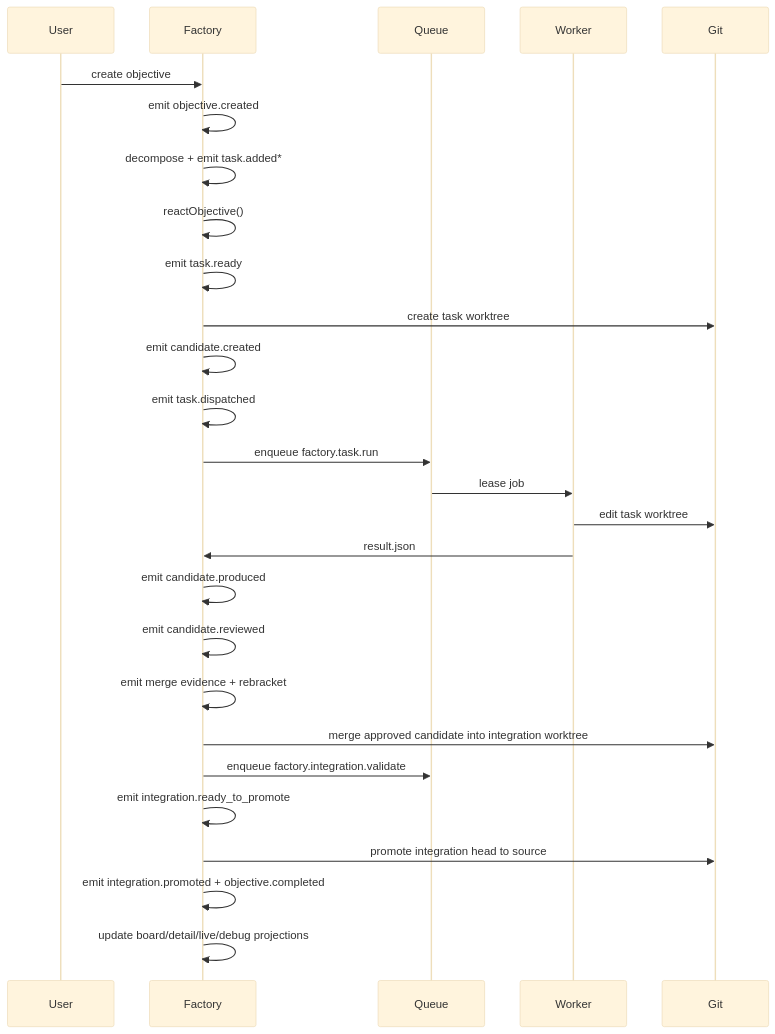
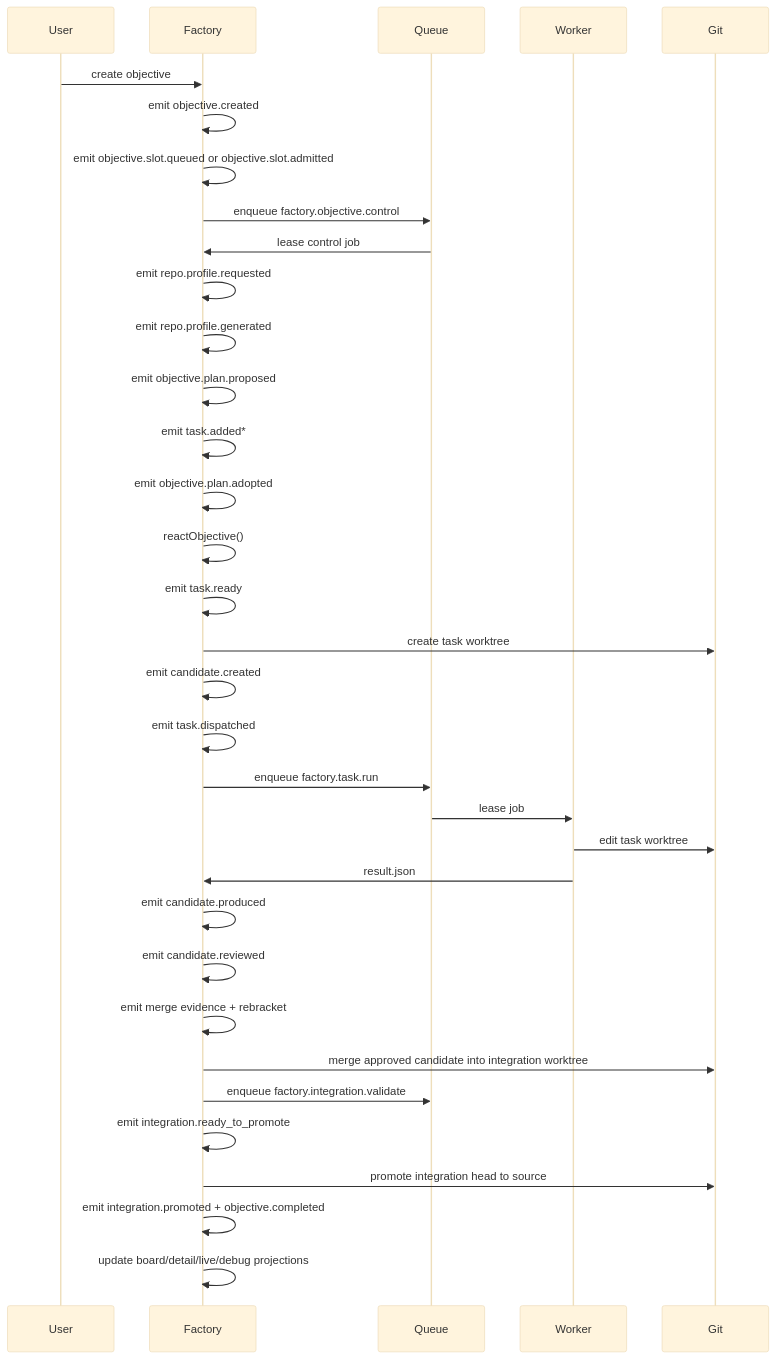
Before and after one commit to skishore23/receipt: the second of 6 diagrams in docs/factory-on-receipt.md, drawn with Mermaid (base theme). The commit also changed other lines of this file and 75 other files, not shown here.

````diff
--- a/docs/factory-on-receipt.md
+++ b/docs/factory-on-receipt.md
@@ -281,30 +293,37 @@
 ```mermaid
 sequenceDiagram
   participant User
   participant Factory
   participant Queue
   participant Worker
   participant Git
 
   User->>Factory: create objective
   Factory->>Factory: emit objective.created
-  Factory->>Factory: decompose + emit task.added*
+  Factory->>Factory: emit objective.slot.queued or objective.slot.admitted
+  Factory->>Queue: enqueue factory.objective.control
+  Queue->>Factory: lease control job
+  Factory->>Factory: emit repo.profile.requested
+  Factory->>Factory: emit repo.profile.generated
+  Factory->>Factory: emit objective.plan.proposed
+  Factory->>Factory: emit task.added*
+  Factory->>Factory: emit objective.plan.adopted
   Factory->>Factory: reactObjective()
   Factory->>Factory: emit task.ready
   Factory->>Git: create task worktree
   Factory->>Factory: emit candidate.created
   Factory->>Factory: emit task.dispatched
   Factory->>Queue: enqueue factory.task.run
   Queue->>Worker: lease job
   Worker->>Git: edit task worktree
   Worker->>Factory: result.json
   Factory->>Factory: emit candidate.produced
   Factory->>Factory: emit candidate.reviewed
   Factory->>Factory: emit merge evidence + rebracket
   Factory->>Git: merge approved candidate into integration worktree
   Factory->>Queue: enqueue factory.integration.validate
   Factory->>Factory: emit integration.ready_to_promote
   Factory->>Git: promote integration head to source
   Factory->>Factory: emit integration.promoted + objective.completed
   Factory->>Factory: update board/detail/live/debug projections
 ```
````
